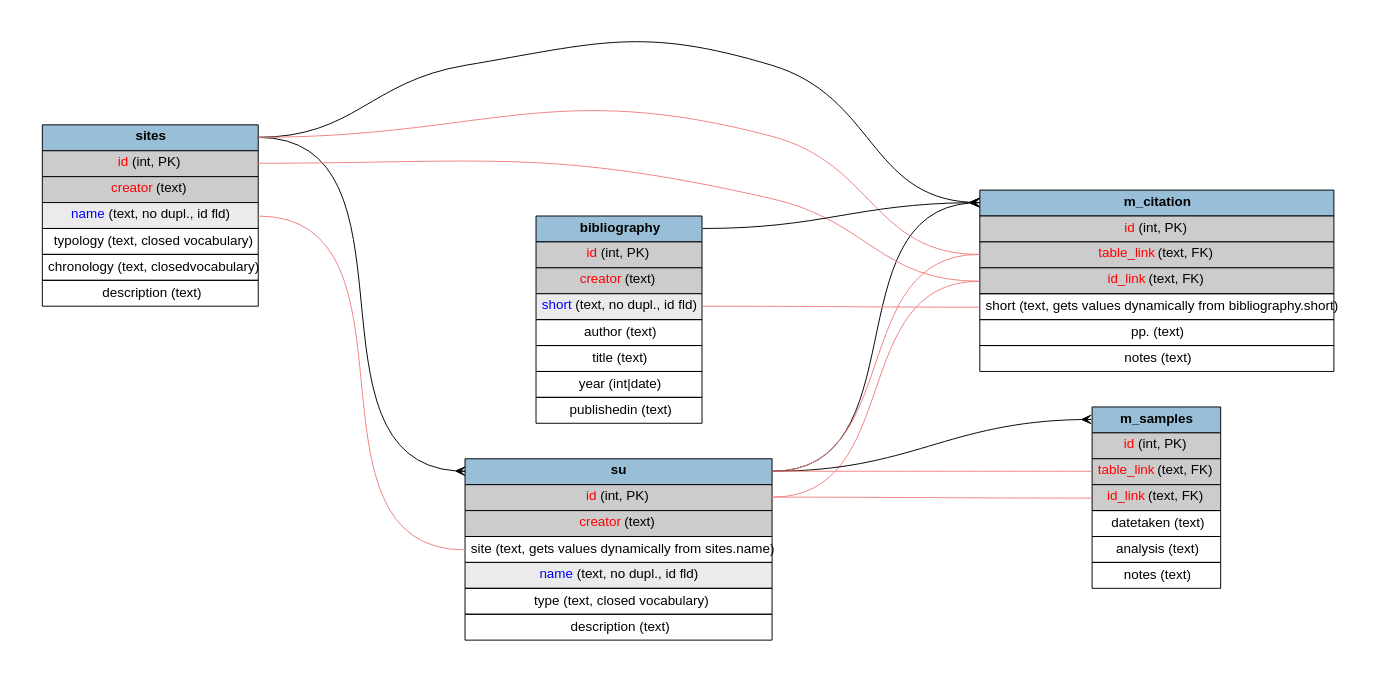
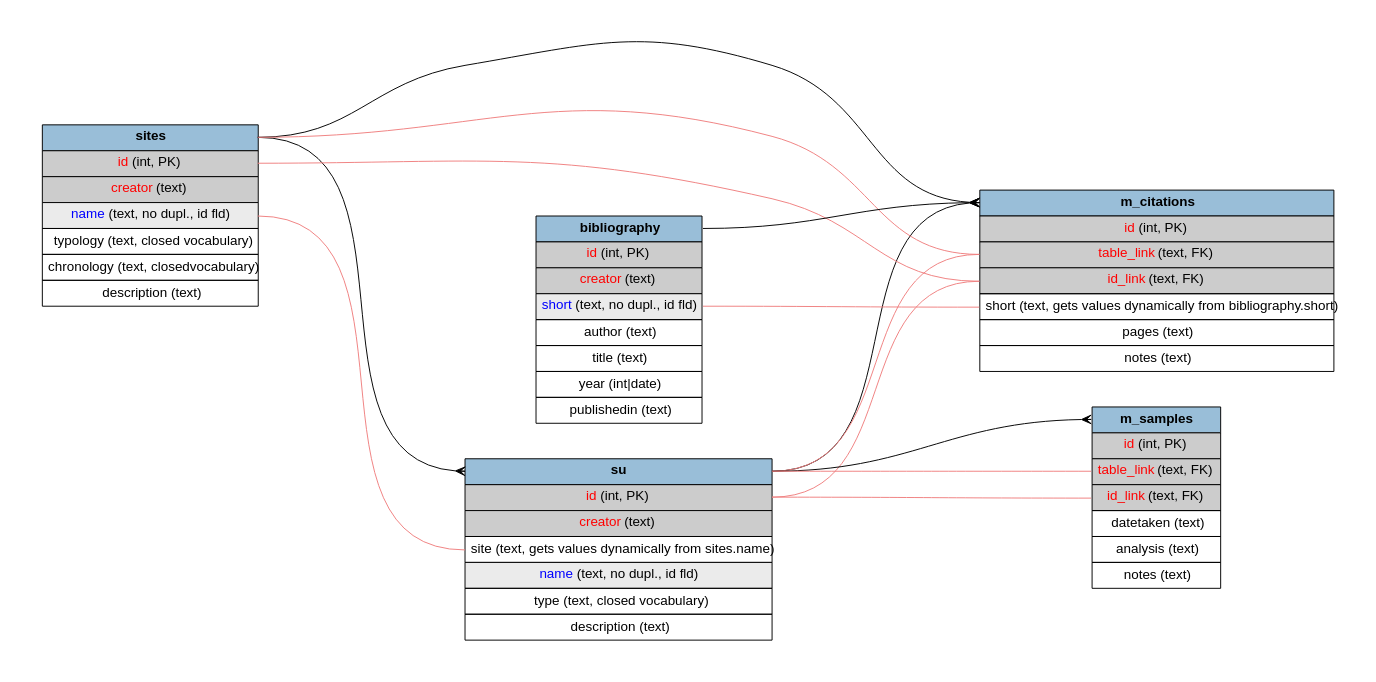
The diagram in bdus-docs/design/test-schema.dot (lad-sapienza/BraDypUS), drawn with Graphviz before and after one commit. The commit also changed 10 other files, not shown here.

```diff
--- a/bdus-docs/design/test-schema.dot
+++ b/bdus-docs/design/test-schema.dot
@@ -1,86 +1,86 @@
 digraph {
     graph [pad="0.5", nodesep=".5", ranksep="3" fontname = "arial"];
     node [shape=plain fontname = "arial" fontsize=14]
     edge [arrowhead=crow fontname = "arial"]
     rankdir=LR;
     splines=polylines;
 
 
 su [label=<
 <table border="0" cellborder="1" cellspacing="0" cellpadding="5">
   <tr><td port="1" bgcolor="#99BED8"><b>su</b></td></tr>
   <tr><td port="2" bgcolor="#cccccc"><font color="red">id</font>  (int, PK)</td></tr>
   <tr><td port="3" bgcolor="#cccccc"><font color="red">creator</font>  (text)</td></tr>
   <tr><td port="4">site (text, gets values dynamically from sites.name)</td></tr>
   <tr><td bgcolor="#ebebeb"><font color="blue">name</font>  (text, no dupl., id fld)</td></tr>
   <tr><td>type (text, closed vocabulary)</td></tr>
   <tr><td>description (text)</td></tr>
 </table>>];
 
 
 sites [label=<
 <table border="0" cellborder="1" cellspacing="0" cellpadding="5">
   <tr><td port="1" bgcolor="#99BED8"><b>sites</b></td></tr>
   <tr><td port="2" bgcolor="#cccccc"><font color="red">id</font>  (int, PK)</td></tr>
   <tr><td port="3" bgcolor="#cccccc"><font color="red">creator</font>  (text)</td></tr>
   <tr><td port="4" bgcolor="#ebebeb"><font color="blue">name</font>  (text, no dupl., id fld)</td></tr>
   <tr><td>typology (text, closed vocabulary)</td></tr>
   <tr><td>chronology (text, closedvocabulary)</td></tr>
   <tr><td>description (text)</td></tr>
 </table>>];
 
 bibliography [label=<
 <table border="0" cellborder="1" cellspacing="0" cellpadding="5">
   <tr><td port="1" bgcolor="#99BED8"><b>bibliography</b></td></tr>
   <tr><td port="2" bgcolor="#cccccc"><font color="red">id</font>  (int, PK)</td></tr>
   <tr><td port="3" bgcolor="#cccccc"><font color="red">creator</font>  (text)</td></tr>
   <tr><td port="4" bgcolor="#ebebeb"><font color="blue">short</font>  (text, no dupl., id fld)</td></tr>
   <tr><td>author (text)</td></tr>
   <tr><td>title (text)</td></tr>
   <tr><td>year (int|date)</td></tr>
   <tr><td>publishedin (text)</td></tr>
 </table>>];
 
-m_citation [label=<
+m_citations [label=<
 <table border="0" cellborder="1" cellspacing="0" cellpadding="5">
-  <tr><td port="1" bgcolor="#99BED8"><b>m_citation</b></td></tr>
+  <tr><td port="1" bgcolor="#99BED8"><b>m_citations</b></td></tr>
   <tr><td port="2" bgcolor="#cccccc"><font color="red">id</font>  (int, PK)</td></tr>
   <tr><td port="3" bgcolor="#cccccc"><font color="red">table_link</font>  (text, FK)</td></tr>
   <tr><td port="4" bgcolor="#cccccc"><font color="red">id_link</font>  (text, FK)</td></tr>
   <tr><td port="5">short (text, gets values dynamically from bibliography.short)</td></tr>
-  <tr><td>pp. (text)</td></tr>
+  <tr><td>pages (text)</td></tr>
   <tr><td>notes (text)</td></tr>
 </table>>];
 
 m_samples [label=<
 <table border="0" cellborder="1" cellspacing="0" cellpadding="5">
   <tr><td port="1" bgcolor="#99BED8"><b>m_samples</b></td></tr>
   <tr><td port="2" bgcolor="#cccccc"><font color="red">id</font>  (int, PK)</td></tr>
   <tr><td port="3" bgcolor="#cccccc"><font color="red">table_link</font>  (text, FK)</td></tr>
   <tr><td port="4" bgcolor="#cccccc"><font color="red">id_link</font>  (text, FK)</td></tr>
   <tr><td>datetaken (text)</td></tr>
   <tr><td>analysis (text)</td></tr>
   <tr><td>notes (text)</td></tr>
 </table>>];
 
 
 sites:1 -> su:1;
 sites:4 -> su:4 [ color=lightcoral arrowhead="none" ];
 
 
 su:1 -> m_samples:1;
 su:1 -> m_samples:3 [ color=lightcoral arrowhead="none" ];
 su:2 -> m_samples:4 [ color=lightcoral arrowhead="none" ];
 
-sites:1 -> m_citation:1;
-sites:1 -> m_citation:3 [ color=lightcoral arrowhead="none" ];
-sites:2 -> m_citation:4 [ color=lightcoral arrowhead="none" ];
+sites:1 -> m_citations:1;
+sites:1 -> m_citations:3 [ color=lightcoral arrowhead="none" ];
+sites:2 -> m_citations:4 [ color=lightcoral arrowhead="none" ];
 
-su:1 -> m_citation:1;
-su:1 -> m_citation:3 [ color=lightcoral arrowhead="none" ];
-su:2 -> m_citation:4 [ color=lightcoral arrowhead="none" ];
+su:1 -> m_citations:1;
+su:1 -> m_citations:3 [ color=lightcoral arrowhead="none" ];
+su:2 -> m_citations:4 [ color=lightcoral arrowhead="none" ];
 
-bibliography:1 -> m_citation:1;
+bibliography:1 -> m_citations:1;
 
-bibliography :4-> m_citation:5 [ color=lightcoral arrowhead="none" ];
+bibliography :4-> m_citations:5 [ color=lightcoral arrowhead="none" ];
 }
```
